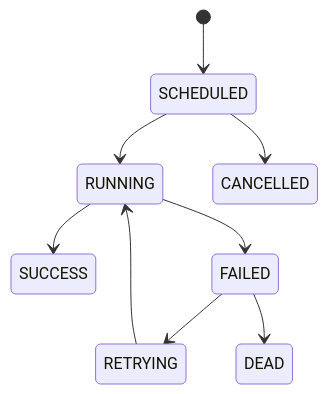
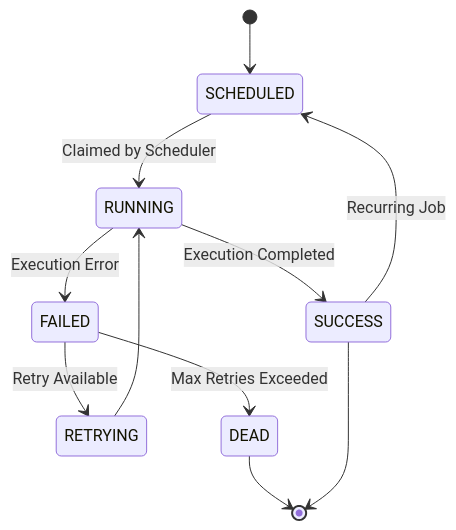
One commit to KiranChavan45Dev/AirTribe changed the fourth of 4 diagrams in Capstone/chronos/README.md. Above: the diagram before and after it, drawn with Mermaid. The commit also changed other lines of this file and 1 other file, not shown here.

````diff
--- a/Capstone/chronos/README.md
+++ b/Capstone/chronos/README.md
@@ -87,17 +238,23 @@
-```mermaid id="state1"
+```mermaid
 stateDiagram-v2
 
 [*] --> SCHEDULED
 
-SCHEDULED --> RUNNING
+SCHEDULED --> RUNNING : Claimed by Scheduler
 
-RUNNING --> SUCCESS
-RUNNING --> FAILED
+RUNNING --> SUCCESS : Execution Completed
 
-FAILED --> RETRYING
+RUNNING --> FAILED : Execution Error
+
+FAILED --> RETRYING : Retry Available
+
 RETRYING --> RUNNING
 
-FAILED --> DEAD
+FAILED --> DEAD : Max Retries Exceeded
 
-SCHEDULED --> CANCELLED
+SUCCESS --> SCHEDULED : Recurring Job
+
+DEAD --> [*]
+
+SUCCESS --> [*]
 ```
````
